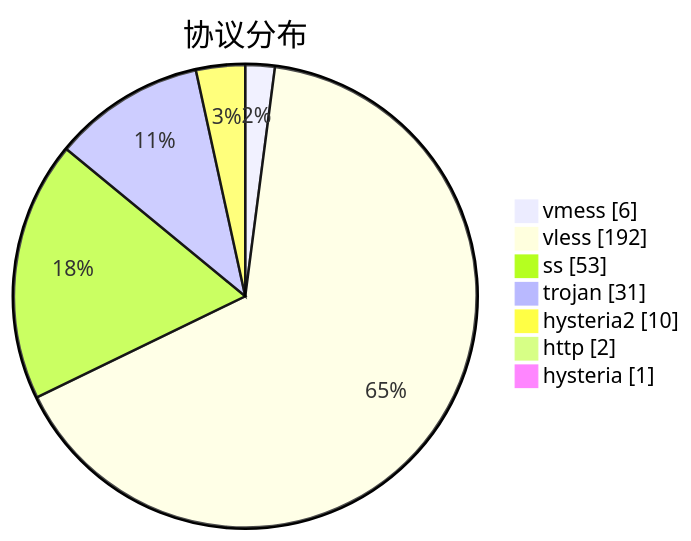
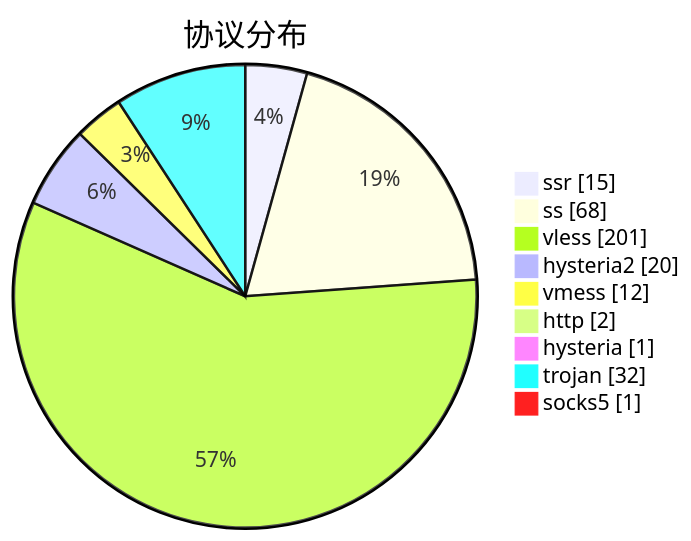
One commit to sinspired/airport changed the third of 3 diagrams in subs/statistics/tested_within.md. Above: the diagram before and after it, drawn with Mermaid. The commit also changed other lines of this file and 2 other files, not shown here.

````diff
--- a/subs/statistics/tested_within.md
+++ b/subs/statistics/tested_within.md
@@ -42,11 +48,13 @@
 ```mermaid
 pie showData
 title 协议分布
-"vmess" : 6
-"vless" : 192
-"ss" : 53
-"trojan" : 31
-"hysteria2" : 10
+"ssr" : 15
+"ss" : 68
+"vless" : 201
+"hysteria2" : 20
+"vmess" : 12
 "http" : 2
 "hysteria" : 1
+"trojan" : 32
+"socks5" : 1
 ```
````
